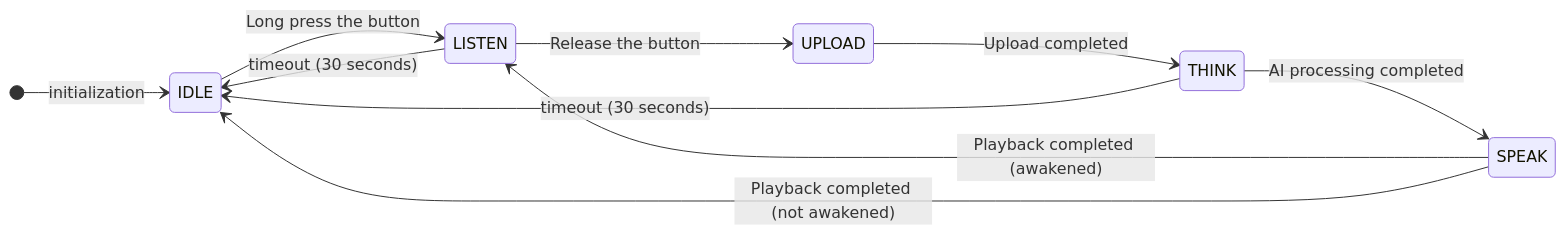
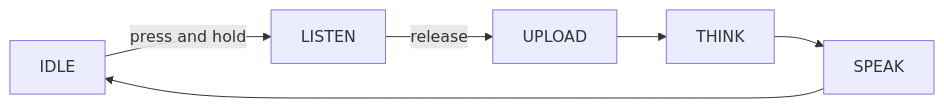
Before and after one commit to Tuya-Community/TuyaOpen.io: the diagram in docs/cloud/device-ai/ai-components/ai-mode-hold.md, drawn with Mermaid. The commit also changed other lines of this file and 365 other files, not shown here.

````diff
--- a/docs/cloud/device-ai/ai-components/ai-mode-hold.md
+++ b/docs/cloud/device-ai/ai-components/ai-mode-hold.md
@@ -52,13 +23,8 @@
 ```mermaid
-stateDiagram-v2
-    direction LR
-[*] --> IDLE: initialization
-IDLE --> LISTEN: Long press the button
-LISTEN --> UPLOAD: Release the button
-UPLOAD --> THINK: Upload completed
-THINK --> SPEAK: AI processing completed
-SPEAK --> LISTEN: Playback completed (awakened)
-SPEAK --> IDLE: Playback completed (not awakened)
-LISTEN --> IDLE: timeout (30 seconds)
-THINK --> IDLE: timeout (30 seconds)
+flowchart LR
+    IDLE -->|press and hold| LISTEN
+    LISTEN -->|release| UPLOAD
+    UPLOAD --> THINK
+    THINK --> SPEAK
+    SPEAK --> IDLE
 ```
````
